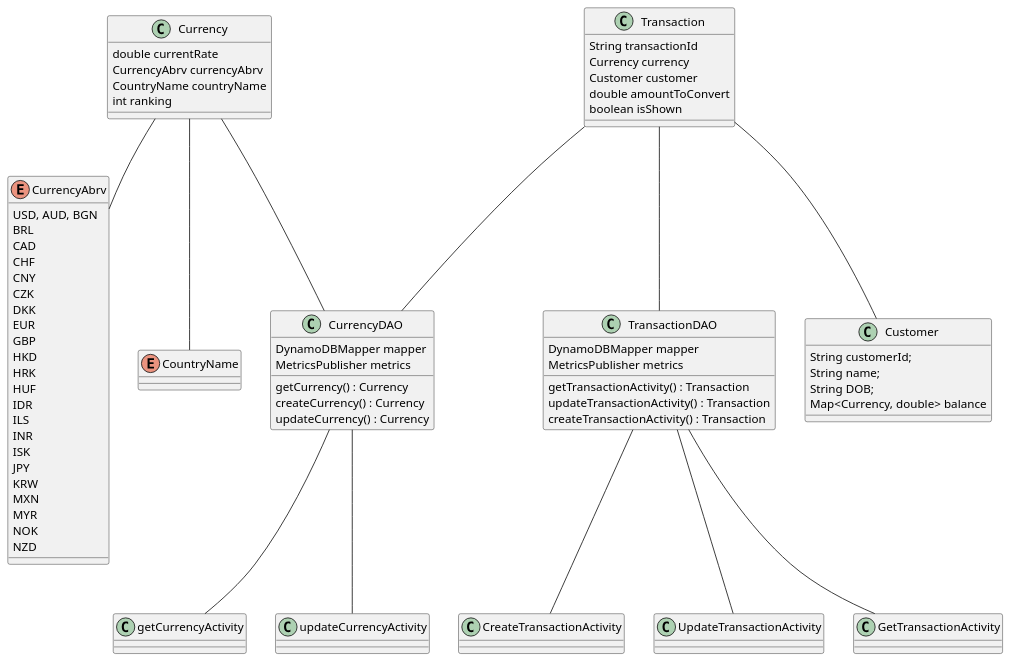
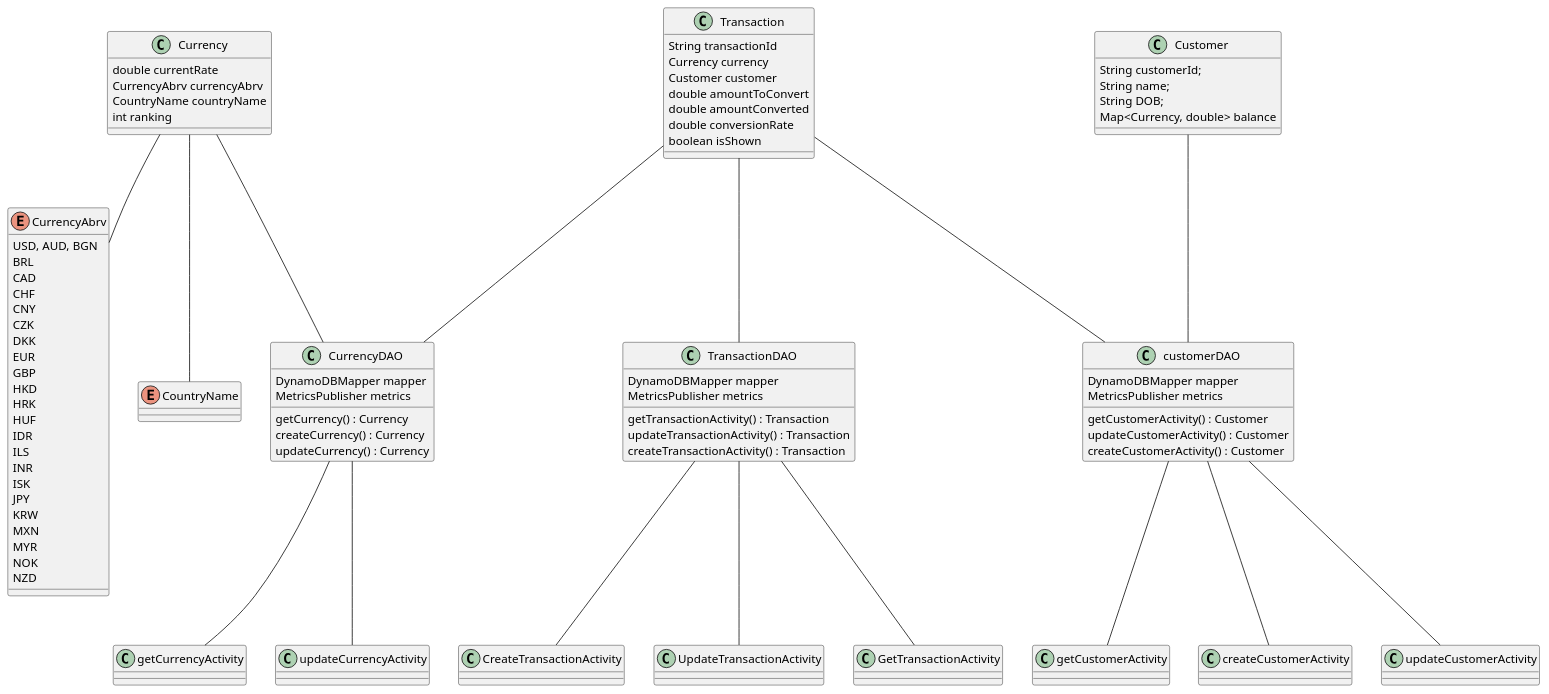
Before and after one commit to MattyOBar/CurrencyPal: the diagram in resources/currencyConverterCD.puml, drawn with PlantUML. The commit also changed 1 other file, not shown here.

```diff
--- a/resources/currencyConverterCD.puml
+++ b/resources/currencyConverterCD.puml
@@ -1,85 +1,100 @@
 @startuml
 Currency -- CurrencyAbrv
 Transaction -- TransactionDAO
 TransactionDAO -- CreateTransactionActivity
 TransactionDAO -- UpdateTransactionActivity
 TransactionDAO -- GetTransactionActivity
 Currency -- CurrencyDAO
-Transaction -- Customer
+Transaction -- customerDAO
+Customer -- customerDAO
+customerDAO -- getCustomerActivity
+customerDAO -- createCustomerActivity
+customerDAO -- updateCustomerActivity
 Transaction -- CurrencyDAO
 CurrencyDAO -- getCurrencyActivity
 CurrencyDAO -- updateCurrencyActivity
 Currency -- CountryName
 class Currency {
 double currentRate
 CurrencyAbrv currencyAbrv
 CountryName countryName
 int ranking
 }
 ENUM CountryName{
 
 }
 
 ENUM CurrencyAbrv {
 USD, AUD, BGN
 BRL
 CAD
 CHF
 CNY
 CZK
 DKK
 EUR
 GBP
 HKD
 HRK
 HUF
 IDR
 ILS
 INR
 ISK
 JPY
 KRW
 MXN
 MYR
 NOK
 NZD
 }
 class CurrencyDAO {
 DynamoDBMapper mapper
 MetricsPublisher metrics
 getCurrency() : Currency
 createCurrency() : Currency
 updateCurrency() : Currency
 }
 
 class updateCurrencyActivity{
 }
 class getCurrencyActivity {
 }
 class TransactionDAO {
 DynamoDBMapper mapper
 MetricsPublisher metrics
 getTransactionActivity() : Transaction
 updateTransactionActivity() : Transaction
 createTransactionActivity() : Transaction
 }
 class Transaction {
 String transactionId
 Currency currency
 Customer customer
 double amountToConvert
+double amountConverted
+double conversionRate
 boolean isShown
 }
 class UpdateTransactionActivity {
 }
 class CreateTransactionActivity {
 }
 class GetTransactionActivity {
 }
+
+class customerDAO {
+DynamoDBMapper mapper
+MetricsPublisher metrics
+getCustomerActivity() : Customer
+updateCustomerActivity() : Customer
+createCustomerActivity() : Customer
+}
+
 class Customer {
 String customerId;
 String name;
 String DOB;
 Map<Currency, double> balance
 }
 @enduml
```
